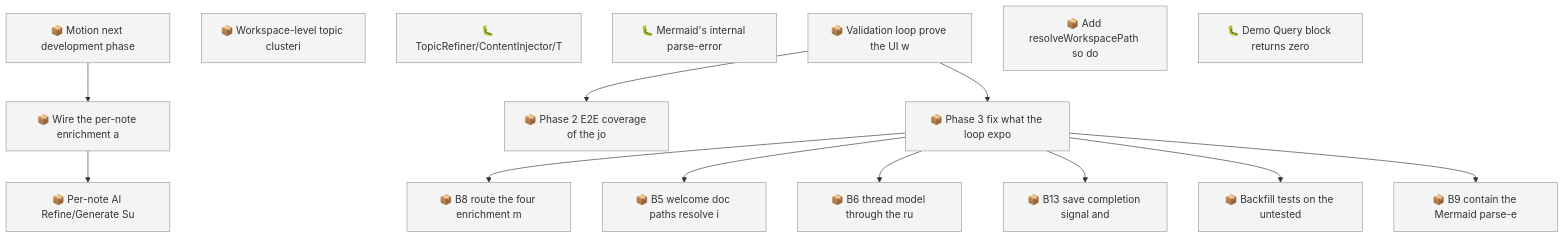
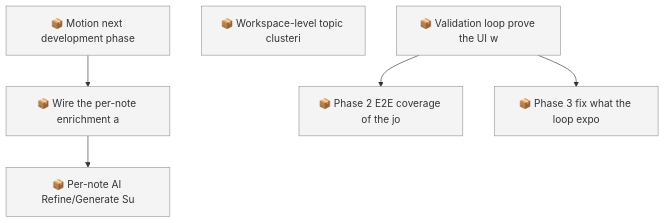
Before and after one commit to SpillwaveSolutions/motion: the first of 2 diagrams in docs/roadmap.md, drawn with Mermaid. The commit also changed other lines of this file and 45 other files, not shown here.

````diff
--- a/docs/roadmap.md
+++ b/docs/roadmap.md
@@ -73,32 +48,16 @@
 ```mermaid
 graph TD
     01KYFZ6RBHABFSC9K9NJ90168Q["📦 Motion next development phase"]
     01KYFZ6RBJV920SFW0MAN9MX9J["📦 Wire the per-note enrichment a"]
     01KYFZ6RBJZNYDT9AK2V0RA11T["📦 Per-note AI Refine/Generate Su"]
     01KYFZ8RGR06XBSG9CH4TEWYJY["📦 Workspace-level topic clusteri"]
-    01KYJW5XJ5HTG7ESZ7DDDS8W0C["🐛 TopicRefiner/ContentInjector/T"]
-    01KYJXSYEZ97M9638S91GYZWV0["🐛 Mermaid's internal parse-error"]
     01KYK6NHSFJNG9XV6D8K5SHWCV["📦 Validation loop prove the UI w"]
-    01KYK6NHSH15H376EZGAMTZE9J["📦 B8 route the four enrichment m"]
-    01KYK6NHSH2RMTJQ3SR7MGW7Q8["📦 Add resolveWorkspacePath so do"]
     01KYK6NHSHBJ0SV2MM8N3A0KJR["📦 Phase 2 E2E coverage of the jo"]
-    01KYK6NHSHD4NMT2QVMQD2HHBP["📦 B5 welcome doc paths resolve i"]
-    01KYK6NHSHKZ20DY8FBB5S1PP9["📦 B6 thread model through the ru"]
-    01KYK6NHSHQZZQV7DJM5A64C6E["📦 B13 save completion signal and"]
-    01KYK6NHSHSASEERK1KJ7XVDPN["📦 Backfill tests on the untested"]
-    01KYK6NHSHVZ2EZZH7NBRADW7E["📦 B9 contain the Mermaid parse-e"]
     01KYK6NHSHZJNNCYMEW9ZG77NP["📦 Phase 3 fix what the loop expo"]
-    01KYK7WZRS65D7DPP0D1DT58Z7["🐛 Demo Query block returns zero"]
     01KYFZ6RBHABFSC9K9NJ90168Q --> 01KYFZ6RBJV920SFW0MAN9MX9J
     01KYFZ6RBJV920SFW0MAN9MX9J --> 01KYFZ6RBJZNYDT9AK2V0RA11T
-    01KYK6NHSHZJNNCYMEW9ZG77NP --> 01KYK6NHSH15H376EZGAMTZE9J
     01KYK6NHSFJNG9XV6D8K5SHWCV --> 01KYK6NHSHBJ0SV2MM8N3A0KJR
-    01KYK6NHSHZJNNCYMEW9ZG77NP --> 01KYK6NHSHD4NMT2QVMQD2HHBP
-    01KYK6NHSHZJNNCYMEW9ZG77NP --> 01KYK6NHSHKZ20DY8FBB5S1PP9
-    01KYK6NHSHZJNNCYMEW9ZG77NP --> 01KYK6NHSHQZZQV7DJM5A64C6E
-    01KYK6NHSHZJNNCYMEW9ZG77NP --> 01KYK6NHSHSASEERK1KJ7XVDPN
-    01KYK6NHSHZJNNCYMEW9ZG77NP --> 01KYK6NHSHVZ2EZZH7NBRADW7E
     01KYK6NHSFJNG9XV6D8K5SHWCV --> 01KYK6NHSHZJNNCYMEW9ZG77NP
     classDef todo fill:#f4f4f4,stroke:#999999
-    class 01KYFZ6RBHABFSC9K9NJ90168Q,01KYFZ6RBJV920SFW0MAN9MX9J,01KYFZ6RBJZNYDT9AK2V0RA11T,01KYFZ8RGR06XBSG9CH4TEWYJY,01KYJW5XJ5HTG7ESZ7DDDS8W0C,01KYJXSYEZ97M9638S91GYZWV0,01KYK6NHSFJNG9XV6D8K5SHWCV,01KYK6NHSH15H376EZGAMTZE9J,01KYK6NHSH2RMTJQ3SR7MGW7Q8,01KYK6NHSHBJ0SV2MM8N3A0KJR,01KYK6NHSHD4NMT2QVMQD2HHBP,01KYK6NHSHKZ20DY8FBB5S1PP9,01KYK6NHSHQZZQV7DJM5A64C6E,01KYK6NHSHSASEERK1KJ7XVDPN,01KYK6NHSHVZ2EZZH7NBRADW7E,01KYK6NHSHZJNNCYMEW9ZG77NP,01KYK7WZRS65D7DPP0D1DT58Z7 todo
+    class 01KYFZ6RBHABFSC9K9NJ90168Q,01KYFZ6RBJV920SFW0MAN9MX9J,01KYFZ6RBJZNYDT9AK2V0RA11T,01KYFZ8RGR06XBSG9CH4TEWYJY,01KYK6NHSFJNG9XV6D8K5SHWCV,01KYK6NHSHBJ0SV2MM8N3A0KJR,01KYK6NHSHZJNNCYMEW9ZG77NP todo
 ```
````
